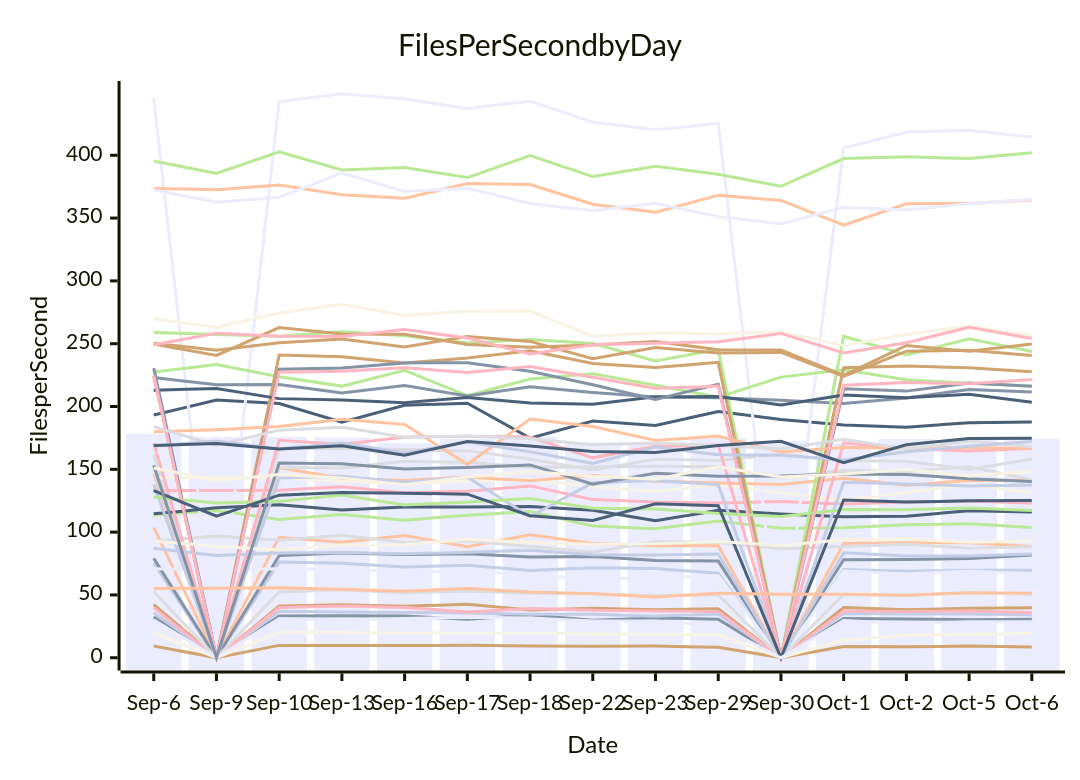
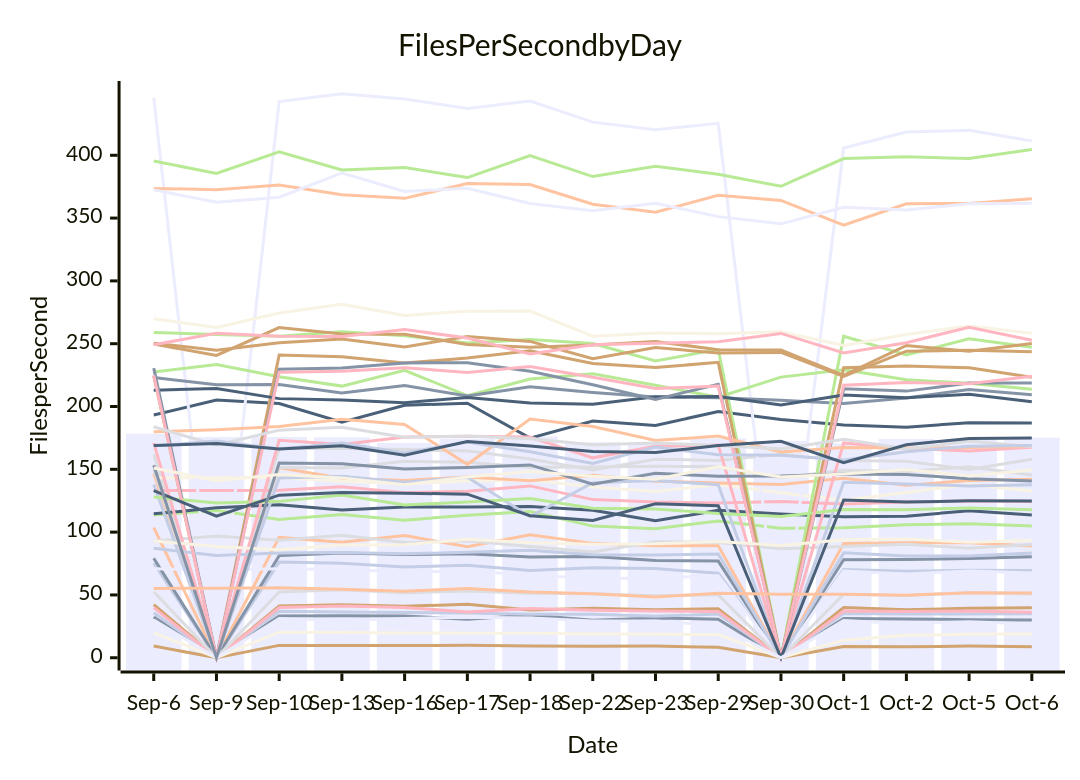
One commit to streetsidesoftware/cspell changed the diagram in perf-report.md. Above: the diagram before and after it, drawn with Mermaid. The commit also changed other lines of this file and 1 other file, not shown here.

````diff
--- a/perf-report.md
+++ b/perf-report.md
@@ -10,56 +10,56 @@
 ```mermaid
 xychart-beta
     title Files Per Second by Day
     y-axis Files per Second
     x-axis Date [Sep-6, Sep-9, Sep-10, Sep-13, Sep-16, Sep-17, Sep-18, Sep-22, Sep-23, Sep-29, Sep-30, Oct-1, Oct-2, Oct-5, Oct-6]
-    bar [178.38, 175.73, 175.70, 175.56, 170.99, 174.42, 176.15, 171.49, 170.60, 174.68, 172.58, 170.62, 174.06, 173.76, 174.56]
-    line [32.39, 0.00, 33.27, 33.48, 33.18, 30.65, 34.02, 29.87, 31.63, 30.68, 0.00, 31.32, 30.89, 30.33, 30.59]
-    line [103.61, 0.00, 95.82, 91.96, 97.25, 88.47, 97.89, 91.06, 89.08, 89.06, 0.00, 90.96, 91.55, 91.45, 88.58]
-    line [162.00, 0.00, 166.81, 166.56, 165.69, 164.68, 158.25, 149.51, 158.09, 156.96, 161.98, 156.93, 156.41, 149.87, 158.30]
-    line [113.59, 117.23, 110.00, 114.04, 109.51, 113.51, 116.46, 104.81, 102.79, 108.89, 103.13, 103.52, 105.79, 106.73, 103.75]
-    line [42.33, 0.00, 41.15, 42.24, 41.01, 42.53, 38.05, 39.43, 38.14, 38.94, 0.00, 39.96, 38.12, 39.36, 39.78]
-    line [75.33, 0.00, 76.18, 75.30, 72.34, 73.59, 69.54, 71.59, 70.97, 67.35, 0.00, 70.29, 68.90, 69.72, 69.62]
-    line [133.16, 133.12, 133.37, 136.08, 131.30, 132.64, 136.81, 125.88, 123.97, 123.26, 124.35, 122.36, 124.05, 124.82, 123.22]
-    line [193.18, 205.21, 202.42, 187.59, 200.94, 202.64, 174.86, 188.42, 184.98, 195.97, 189.74, 185.35, 183.52, 187.14, 187.71]
-    line [143.33, 143.38, 143.55, 140.59, 138.57, 140.62, 141.72, 135.93, 132.42, 137.90, 131.39, 125.40, 131.62, 137.96, 131.11]
-    line [445.82, 0.00, 442.79, 448.98, 444.77, 437.29, 443.15, 426.39, 420.42, 425.42, 0.00, 405.76, 418.50, 419.89, 414.47]
-    line [79.19, 0.00, 81.30, 83.34, 82.19, 82.78, 80.29, 80.65, 77.47, 76.93, 0.00, 78.07, 78.18, 79.10, 81.87]
-    line [146.70, 0.00, 151.25, 142.95, 141.14, 143.95, 140.92, 145.29, 140.59, 139.11, 138.01, 142.88, 137.23, 141.05, 141.39]
-    line [149.88, 0.00, 151.49, 151.06, 156.36, 155.63, 151.63, 151.94, 152.50, 152.06, 143.32, 149.19, 148.32, 152.02, 141.80]
-    line [227.50, 233.38, 223.69, 216.25, 228.77, 208.66, 221.89, 226.09, 216.90, 207.46, 223.39, 229.16, 221.30, 218.51, 216.36]
-    line [9.30, 0.00, 9.85, 9.67, 9.68, 9.92, 9.37, 9.23, 9.26, 8.29, 0.00, 8.90, 8.75, 9.30, 8.53]
-    line [35.85, 0.00, 37.06, 36.42, 35.98, 35.70, 34.54, 34.55, 33.11, 34.81, 0.00, 35.17, 34.81, 34.91, 34.29]
-    line [39.85, 0.00, 39.94, 41.26, 40.08, 36.34, 39.18, 37.74, 37.18, 36.89, 0.00, 37.27, 36.89, 37.25, 36.07]
-    line [114.54, 119.33, 121.78, 117.69, 120.09, 120.05, 120.31, 117.43, 109.01, 117.33, 114.51, 112.29, 112.71, 117.07, 115.99]
-    line [19.98, 0.00, 20.38, 20.10, 19.75, 19.58, 19.44, 18.99, 18.71, 18.44, 0.00, 13.99, 17.93, 18.69, 19.47]
-    line [70.80, 70.10, 70.83, 70.27, 68.51, 69.01, 65.91, 63.15, 63.41, 65.35, 0.00, 69.02, 66.69, 69.13, 66.96]
-    line [223.08, 217.30, 217.60, 210.80, 216.66, 208.33, 215.69, 211.15, 207.60, 206.93, 205.06, 202.44, 206.85, 213.52, 211.58]
-    line [373.63, 372.65, 376.36, 368.52, 365.71, 377.56, 376.77, 361.09, 354.59, 368.19, 364.07, 344.36, 361.41, 361.68, 364.32]
-    line [92.85, 96.99, 93.46, 97.52, 91.70, 93.14, 88.50, 84.12, 92.41, 91.76, 86.84, 88.64, 90.41, 87.11, 88.43]
-    line [258.89, 257.30, 255.86, 259.52, 256.30, 250.62, 253.31, 250.10, 236.21, 245.48, 0.00, 255.93, 241.02, 253.94, 243.76]
-    line [224.39, 0.00, 241.04, 239.64, 234.60, 238.64, 244.36, 234.31, 230.98, 235.16, 0.00, 230.90, 232.18, 230.80, 227.73]
-    line [137.86, 0.00, 143.10, 144.41, 139.70, 143.74, 112.39, 139.33, 141.10, 137.72, 0.00, 139.61, 138.23, 136.68, 137.55]
-    line [171.06, 0.00, 173.10, 169.76, 175.73, 176.36, 175.75, 159.14, 168.41, 169.31, 0.00, 170.99, 166.63, 164.65, 166.49]
-    line [213.00, 214.26, 206.28, 205.22, 203.09, 207.23, 202.88, 201.82, 207.79, 207.90, 201.29, 209.19, 206.95, 209.81, 203.32]
-    line [269.85, 262.88, 274.40, 281.31, 272.54, 275.91, 275.97, 256.03, 258.54, 258.01, 259.58, 248.67, 257.34, 264.03, 256.50]
-    line [372.46, 362.58, 366.57, 385.92, 371.23, 373.66, 361.57, 355.78, 361.81, 351.17, 345.43, 358.65, 356.52, 361.50, 365.03]
-    line [230.54, 0.00, 229.61, 230.62, 234.72, 234.92, 228.04, 217.32, 205.66, 217.69, 0.00, 214.10, 212.26, 218.65, 216.15]
-    line [179.93, 181.55, 184.12, 189.95, 185.74, 153.97, 189.99, 184.11, 172.95, 176.46, 163.78, 167.39, 166.94, 167.31, 166.58]
-    line [52.52, 0.00, 52.32, 54.12, 51.77, 53.09, 51.40, 50.85, 49.44, 50.07, 0.00, 50.63, 49.63, 51.74, 50.52]
-    line [127.89, 123.29, 124.49, 129.64, 121.66, 124.08, 126.72, 119.08, 118.45, 114.87, 112.49, 118.05, 117.81, 119.24, 117.30]
-    line [249.77, 240.66, 262.89, 257.78, 257.49, 249.43, 247.25, 248.88, 251.75, 245.20, 245.06, 224.85, 248.59, 243.98, 249.80]
-    line [87.14, 81.35, 83.34, 83.78, 82.79, 83.96, 85.57, 82.01, 81.81, 82.67, 0.00, 83.49, 80.99, 81.07, 82.57]
-    line [224.81, 0.00, 227.34, 228.09, 230.87, 227.16, 231.88, 223.22, 214.31, 216.24, 0.00, 216.91, 219.11, 218.12, 221.54]
-    line [133.03, 112.77, 129.44, 131.63, 130.97, 130.22, 113.06, 109.25, 122.56, 121.09, 0.00, 125.59, 123.97, 124.90, 125.17]
-    line [92.88, 88.59, 86.05, 89.85, 89.86, 94.27, 91.54, 90.45, 90.71, 92.55, 89.39, 93.96, 94.53, 91.86, 92.97]
-    line [30.04, 0.00, 31.22, 29.93, 31.17, 32.23, 31.60, 29.23, 29.18, 25.62, 0.00, 29.72, 27.11, 28.75, 28.59]
-    line [153.19, 0.00, 155.03, 154.46, 150.27, 151.44, 153.53, 138.23, 146.78, 144.54, 144.66, 146.29, 145.95, 142.41, 140.28]
-    line [55.22, 55.40, 55.63, 54.54, 52.86, 55.21, 52.35, 50.94, 48.45, 51.30, 50.59, 50.58, 49.72, 51.81, 51.28]
-    line [183.91, 169.15, 181.18, 183.51, 175.60, 176.44, 174.39, 169.65, 170.91, 168.95, 166.28, 173.86, 166.13, 172.49, 168.04]
-    line [395.48, 385.49, 402.68, 388.38, 390.24, 382.26, 399.81, 383.04, 391.20, 384.82, 375.34, 397.41, 398.74, 397.51, 401.96]
-    line [250.38, 244.75, 250.69, 253.77, 247.48, 255.65, 251.83, 237.98, 246.89, 242.54, 243.09, 224.03, 244.08, 244.73, 240.54]
-    line [168.54, 172.61, 166.17, 170.88, 163.08, 171.82, 163.97, 154.58, 167.67, 161.60, 161.14, 157.44, 164.03, 168.37, 172.22]
-    line [249.11, 258.37, 255.88, 255.75, 261.30, 254.48, 241.79, 249.14, 250.28, 251.57, 258.18, 242.58, 250.83, 263.10, 254.08]
-    line [168.98, 170.63, 166.15, 168.68, 161.23, 172.09, 168.48, 164.20, 163.31, 169.03, 172.29, 155.24, 169.60, 174.57, 174.76]
-    line [151.08, 140.90, 145.94, 143.19, 137.67, 143.95, 148.30, 144.49, 142.14, 152.04, 143.84, 146.29, 149.93, 144.74, 148.49]
+    bar [178.38, 175.73, 175.70, 175.56, 170.99, 174.42, 176.15, 171.49, 170.60, 174.68, 172.58, 170.62, 174.06, 173.76, 175.18]
+    line [32.39, 0.00, 33.27, 33.48, 33.18, 30.65, 34.02, 29.87, 31.63, 30.68, 0.00, 31.32, 30.89, 30.33, 30.00]
+    line [103.61, 0.00, 95.82, 91.96, 97.25, 88.47, 97.89, 91.06, 89.08, 89.06, 0.00, 90.96, 91.55, 91.45, 89.01]
+    line [162.00, 0.00, 166.81, 166.56, 165.69, 164.68, 158.25, 149.51, 158.09, 156.96, 161.98, 156.93, 156.41, 149.87, 157.99]
+    line [113.59, 117.23, 110.00, 114.04, 109.51, 113.51, 116.46, 104.81, 102.79, 108.89, 103.13, 103.52, 105.79, 106.73, 104.92]
+    line [42.33, 0.00, 41.15, 42.24, 41.01, 42.53, 38.05, 39.43, 38.14, 38.94, 0.00, 39.96, 38.12, 39.36, 39.89]
+    line [75.33, 0.00, 76.18, 75.30, 72.34, 73.59, 69.54, 71.59, 70.97, 67.35, 0.00, 70.29, 68.90, 69.72, 69.41]
+    line [133.16, 133.12, 133.37, 136.08, 131.30, 132.64, 136.81, 125.88, 123.97, 123.26, 124.35, 122.36, 124.05, 124.82, 124.36]
+    line [193.18, 205.21, 202.42, 187.59, 200.94, 202.64, 174.86, 188.42, 184.98, 195.97, 189.74, 185.35, 183.52, 187.14, 186.91]
+    line [143.33, 143.38, 143.55, 140.59, 138.57, 140.62, 141.72, 135.93, 132.42, 137.90, 131.39, 125.40, 131.62, 137.96, 132.77]
+    line [445.82, 0.00, 442.79, 448.98, 444.77, 437.29, 443.15, 426.39, 420.42, 425.42, 0.00, 405.76, 418.50, 419.89, 411.38]
+    line [79.19, 0.00, 81.30, 83.34, 82.19, 82.78, 80.29, 80.65, 77.47, 76.93, 0.00, 78.07, 78.18, 79.10, 80.49]
+    line [146.70, 0.00, 151.25, 142.95, 141.14, 143.95, 140.92, 145.29, 140.59, 139.11, 138.01, 142.88, 137.23, 141.05, 142.08]
+    line [149.88, 0.00, 151.49, 151.06, 156.36, 155.63, 151.63, 151.94, 152.50, 152.06, 143.32, 149.19, 148.32, 152.02, 145.55]
+    line [227.50, 233.38, 223.69, 216.25, 228.77, 208.66, 221.89, 226.09, 216.90, 207.46, 223.39, 229.16, 221.30, 218.51, 213.71]
+    line [9.30, 0.00, 9.85, 9.67, 9.68, 9.92, 9.37, 9.23, 9.26, 8.29, 0.00, 8.90, 8.75, 9.30, 8.76]
+    line [35.85, 0.00, 37.06, 36.42, 35.98, 35.70, 34.54, 34.55, 33.11, 34.81, 0.00, 35.17, 34.81, 34.91, 35.03]
+    line [39.85, 0.00, 39.94, 41.26, 40.08, 36.34, 39.18, 37.74, 37.18, 36.89, 0.00, 37.27, 36.89, 37.25, 36.15]
+    line [114.54, 119.33, 121.78, 117.69, 120.09, 120.05, 120.31, 117.43, 109.01, 117.33, 114.51, 112.29, 112.71, 117.07, 113.67]
+    line [19.98, 0.00, 20.38, 20.10, 19.75, 19.58, 19.44, 18.99, 18.71, 18.44, 0.00, 13.99, 17.93, 18.69, 18.90]
+    line [70.80, 70.10, 70.83, 70.27, 68.51, 69.01, 65.91, 63.15, 63.41, 65.35, 0.00, 69.02, 66.69, 69.13, 67.47]
+    line [223.08, 217.30, 217.60, 210.80, 216.66, 208.33, 215.69, 211.15, 207.60, 206.93, 205.06, 202.44, 206.85, 213.52, 209.33]
+    line [373.63, 372.65, 376.36, 368.52, 365.71, 377.56, 376.77, 361.09, 354.59, 368.19, 364.07, 344.36, 361.41, 361.68, 365.40]
+    line [92.85, 96.99, 93.46, 97.52, 91.70, 93.14, 88.50, 84.12, 92.41, 91.76, 86.84, 88.64, 90.41, 87.11, 90.10]
+    line [258.89, 257.30, 255.86, 259.52, 256.30, 250.62, 253.31, 250.10, 236.21, 245.48, 0.00, 255.93, 241.02, 253.94, 247.24]
+    line [224.39, 0.00, 241.04, 239.64, 234.60, 238.64, 244.36, 234.31, 230.98, 235.16, 0.00, 230.90, 232.18, 230.80, 223.37]
+    line [137.86, 0.00, 143.10, 144.41, 139.70, 143.74, 112.39, 139.33, 141.10, 137.72, 0.00, 139.61, 138.23, 136.68, 137.77]
+    line [171.06, 0.00, 173.10, 169.76, 175.73, 176.36, 175.75, 159.14, 168.41, 169.31, 0.00, 170.99, 166.63, 164.65, 167.66]
+    line [213.00, 214.26, 206.28, 205.22, 203.09, 207.23, 202.88, 201.82, 207.79, 207.90, 201.29, 209.19, 206.95, 209.81, 203.73]
+    line [269.85, 262.88, 274.40, 281.31, 272.54, 275.91, 275.97, 256.03, 258.54, 258.01, 259.58, 248.67, 257.34, 264.03, 258.40]
+    line [372.46, 362.58, 366.57, 385.92, 371.23, 373.66, 361.57, 355.78, 361.81, 351.17, 345.43, 358.65, 356.52, 361.50, 361.77]
+    line [230.54, 0.00, 229.61, 230.62, 234.72, 234.92, 228.04, 217.32, 205.66, 217.69, 0.00, 214.10, 212.26, 218.65, 218.73]
+    line [179.93, 181.55, 184.12, 189.95, 185.74, 153.97, 189.99, 184.11, 172.95, 176.46, 163.78, 167.39, 166.94, 167.31, 168.16]
+    line [52.52, 0.00, 52.32, 54.12, 51.77, 53.09, 51.40, 50.85, 49.44, 50.07, 0.00, 50.63, 49.63, 51.74, 50.84]
+    line [127.89, 123.29, 124.49, 129.64, 121.66, 124.08, 126.72, 119.08, 118.45, 114.87, 112.49, 118.05, 117.81, 119.24, 117.86]
+    line [249.77, 240.66, 262.89, 257.78, 257.49, 249.43, 247.25, 248.88, 251.75, 245.20, 245.06, 224.85, 248.59, 243.98, 250.11]
+    line [87.14, 81.35, 83.34, 83.78, 82.79, 83.96, 85.57, 82.01, 81.81, 82.67, 0.00, 83.49, 80.99, 81.07, 83.35]
+    line [224.81, 0.00, 227.34, 228.09, 230.87, 227.16, 231.88, 223.22, 214.31, 216.24, 0.00, 216.91, 219.11, 218.12, 224.03]
+    line [133.03, 112.77, 129.44, 131.63, 130.97, 130.22, 113.06, 109.25, 122.56, 121.09, 0.00, 125.59, 123.97, 124.90, 124.88]
+    line [92.88, 88.59, 86.05, 89.85, 89.86, 94.27, 91.54, 90.45, 90.71, 92.55, 89.39, 93.96, 94.53, 91.86, 93.63]
+    line [30.04, 0.00, 31.22, 29.93, 31.17, 32.23, 31.60, 29.23, 29.18, 25.62, 0.00, 29.72, 27.11, 28.75, 26.92]
+    line [153.19, 0.00, 155.03, 154.46, 150.27, 151.44, 153.53, 138.23, 146.78, 144.54, 144.66, 146.29, 145.95, 142.41, 140.78]
+    line [55.22, 55.40, 55.63, 54.54, 52.86, 55.21, 52.35, 50.94, 48.45, 51.30, 50.59, 50.58, 49.72, 51.81, 51.47]
+    line [183.91, 169.15, 181.18, 183.51, 175.60, 176.44, 174.39, 169.65, 170.91, 168.95, 166.28, 173.86, 166.13, 172.49, 168.21]
+    line [395.48, 385.49, 402.68, 388.38, 390.24, 382.26, 399.81, 383.04, 391.20, 384.82, 375.34, 397.41, 398.74, 397.51, 404.63]
+    line [250.38, 244.75, 250.69, 253.77, 247.48, 255.65, 251.83, 237.98, 246.89, 242.54, 243.09, 224.03, 244.08, 244.73, 243.65]
+    line [168.54, 172.61, 166.17, 170.88, 163.08, 171.82, 163.97, 154.58, 167.67, 161.60, 161.14, 157.44, 164.03, 168.37, 169.06]
+    line [249.11, 258.37, 255.88, 255.75, 261.30, 254.48, 241.79, 249.14, 250.28, 251.57, 258.18, 242.58, 250.83, 263.10, 252.70]
+    line [168.98, 170.63, 166.15, 168.68, 161.23, 172.09, 168.48, 164.20, 163.31, 169.03, 172.29, 155.24, 169.60, 174.57, 174.90]
+    line [151.08, 140.90, 145.94, 143.19, 137.67, 143.95, 148.30, 144.49, 142.14, 152.04, 143.84, 146.29, 149.93, 144.74, 149.38]
 ```
````
